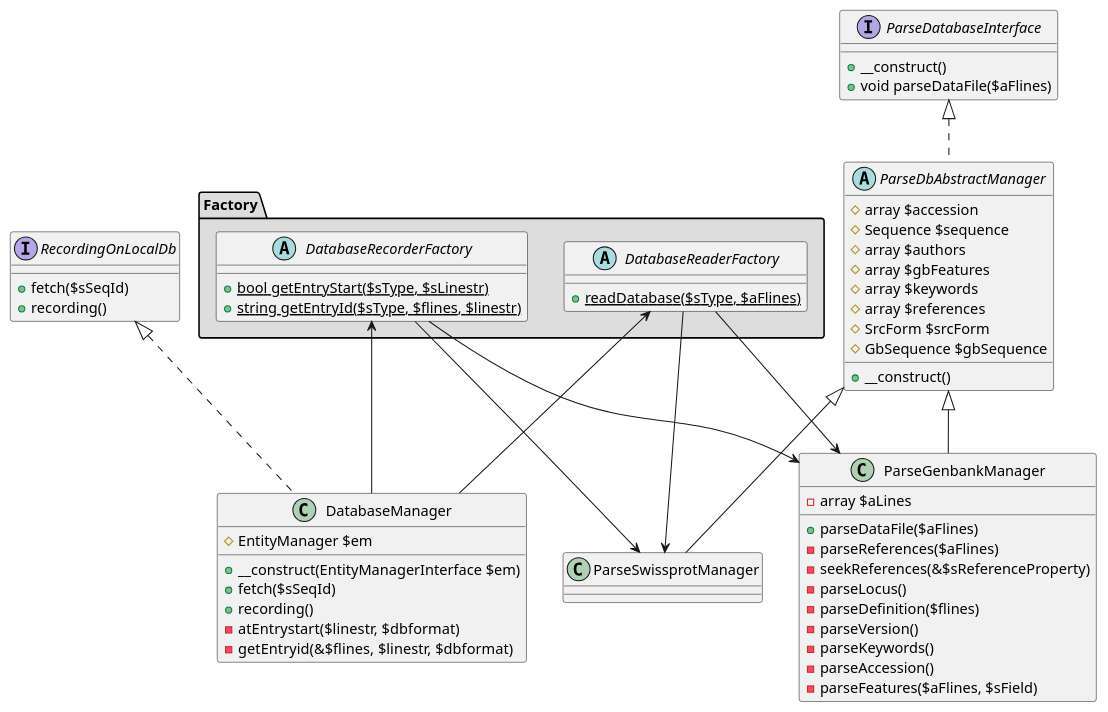
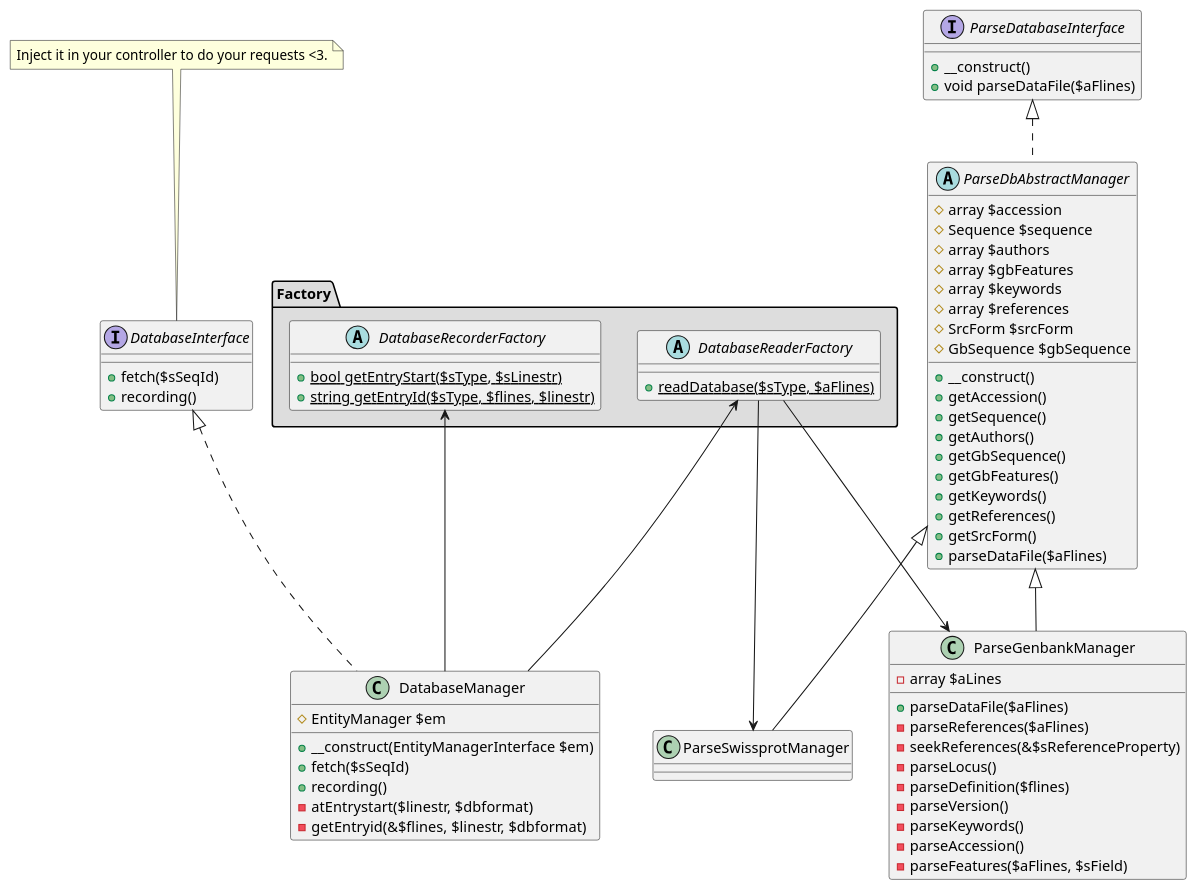
The diagram in patternDb.pu (amelaye/biophp), drawn with PlantUML before and after one commit. The commit also changed 2 other files, not shown here.

Commit message:
First parts of refacto swissprot

```diff
--- a/patternDb.pu
+++ b/patternDb.pu
@@ -1,71 +1,78 @@
 @startuml
 
 package "Factory" #DDDDDD {
     abstract DatabaseReaderFactory {
         + {static} readDatabase($sType, $aFlines)
     }
 
 
     abstract DatabaseRecorderFactory {
         + {static} bool getEntryStart($sType, $sLinestr)
         + {static} string getEntryId($sType, $flines, $linestr)
     }
 }
 
-class DatabaseManager implements RecordingOnLocalDb {
+class DatabaseManager implements DatabaseInterface {
     # EntityManager $em
     + __construct(EntityManagerInterface $em)
     + fetch($sSeqId)
     + recording()
     - atEntrystart($linestr, $dbformat)
     - getEntryid(&$flines, $linestr, $dbformat)
 }
 
 
 interface ParseDatabaseInterface {
     + __construct()
     + void parseDataFile($aFlines)
 }
 
 class ParseGenbankManager extends ParseDbAbstractManager {
     - array $aLines
     + parseDataFile($aFlines)
     - parseReferences($aFlines)
     - seekReferences(&$sReferenceProperty)
     - parseLocus()
     - parseDefinition($flines)
     - parseVersion()
     - parseKeywords()
     - parseAccession()
     - parseFeatures($aFlines, $sField)
 }
 
 class ParseSwissprotManager extends ParseDbAbstractManager
 
-interface RecordingOnLocalDb {
+interface DatabaseInterface {
     + fetch($sSeqId)
     + recording()
 }
+note top of DatabaseInterface : Inject it in your controller to do your requests <3.
 
 abstract ParseDbAbstractManager implements ParseDatabaseInterface {
     # array $accession
     # Sequence $sequence
     # array $authors
     # array $gbFeatures
     # array $keywords
     # array $references
     # SrcForm $srcForm
     # GbSequence $gbSequence
     + __construct()
+    + getAccession()
+    + getSequence()
+    + getAuthors()
+    + getGbSequence()
+    + getGbFeatures()
+    + getKeywords()
+    + getReferences()
+    + getSrcForm()
+    + parseDataFile($aFlines)
 }
 
 DatabaseRecorderFactory <-- DatabaseManager
 DatabaseReaderFactory <-- DatabaseManager
 
-DatabaseRecorderFactory --> ParseGenbankManager
-DatabaseRecorderFactory --> ParseSwissprotManager
-
 DatabaseReaderFactory --> ParseGenbankManager
 DatabaseReaderFactory --> ParseSwissprotManager
 
 @enduml
```
